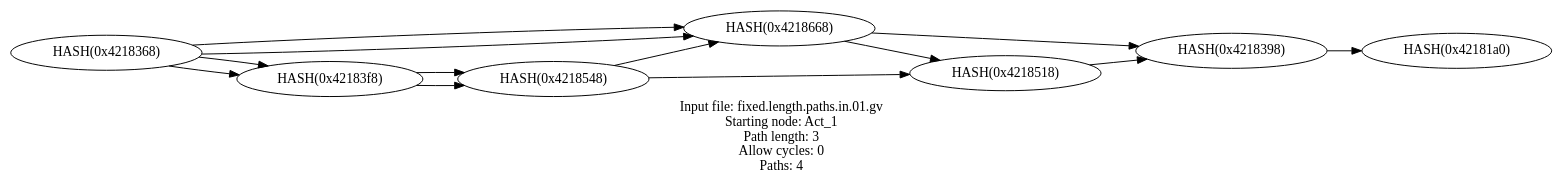
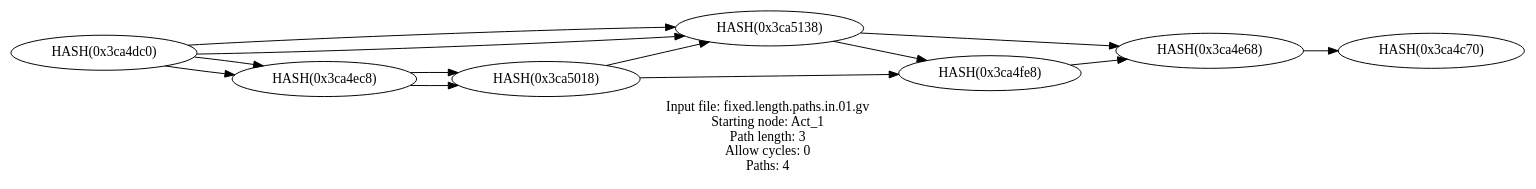
One commit to graphviz-perl/GraphViz2-Marpa-PathUtils changed the diagram in out/fixed.length.paths.out.01.gv. Above: the diagram before and after it, drawn with Graphviz. The commit also changed 5 other files, not shown here.

```diff
--- a/out/fixed.length.paths.out.01.gv
+++ b/out/fixed.length.paths.out.01.gv
@@ -1,26 +1,26 @@
 digraph fixed_length_paths
 {
 	label = "Input file: fixed.length.paths.in.01.gv\nStarting node: Act_1\nPath length: 3\nAllow cycles: 0\nPaths: 4" rankdir = LR
 
-	"Act_1" [label = "HASH(0x41d00a0)"]
-	"Act_23" [label = "HASH(0x4217f18)"]
-	"Act_25" [label = "HASH(0x4217fc0)"]
-	"Act_3" [label = "HASH(0x42181a0)"]
-	"Act_1" [label = "HASH(0x41e3808)"]
-	"Act_23" [label = "HASH(0x42187a0)"]
-	"Act_24" [label = "HASH(0x4218278)"]
-	"Act_25" [label = "HASH(0x4218398)"]
-	"Act_1" [label = "HASH(0x42180b0)"]
-	"Act_21" [label = "HASH(0x4218338)"]
-	"Act_22" [label = "HASH(0x42185d8)"]
-	"Act_24" [label = "HASH(0x4218518)"]
-	"Act_1" [label = "HASH(0x4218368)"]
-	"Act_21" [label = "HASH(0x42183f8)"]
-	"Act_22" [label = "HASH(0x4218548)"]
-	"Act_23" [label = "HASH(0x4218668)"]
+	"Act_1" [label = "HASH(0x3787fa8)"]
+	"Act_23" [label = "HASH(0x3ca49e8)"]
+	"Act_25" [label = "HASH(0x3ca4a90)"]
+	"Act_3" [label = "HASH(0x3ca4c70)"]
+	"Act_1" [label = "HASH(0x3c61ad8)"]
+	"Act_23" [label = "HASH(0x3ca5270)"]
+	"Act_24" [label = "HASH(0x3ca4d48)"]
+	"Act_25" [label = "HASH(0x3ca4e68)"]
+	"Act_1" [label = "HASH(0x3ca4d78)"]
+	"Act_21" [label = "HASH(0x3ca4e08)"]
+	"Act_22" [label = "HASH(0x3ca50a8)"]
+	"Act_24" [label = "HASH(0x3ca4fe8)"]
+	"Act_1" [label = "HASH(0x3ca4dc0)"]
+	"Act_21" [label = "HASH(0x3ca4ec8)"]
+	"Act_22" [label = "HASH(0x3ca5018)"]
+	"Act_23" [label = "HASH(0x3ca5138)"]
 
 	"Act_1"  ->  "Act_23"  ->  "Act_25"  ->  "Act_3"
 	"Act_1"  ->  "Act_23"  ->  "Act_24"  ->  "Act_25"
 	"Act_1"  ->  "Act_21"  ->  "Act_22"  ->  "Act_24"
 	"Act_1"  ->  "Act_21"  ->  "Act_22"  ->  "Act_23"
 }
```
